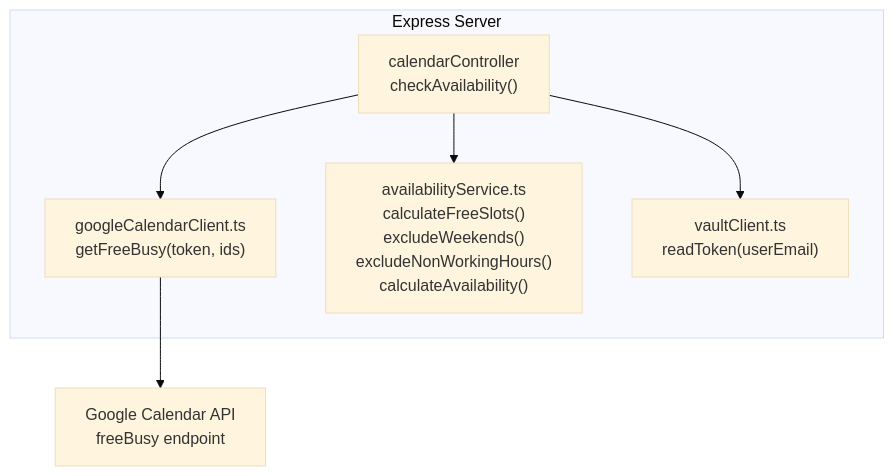
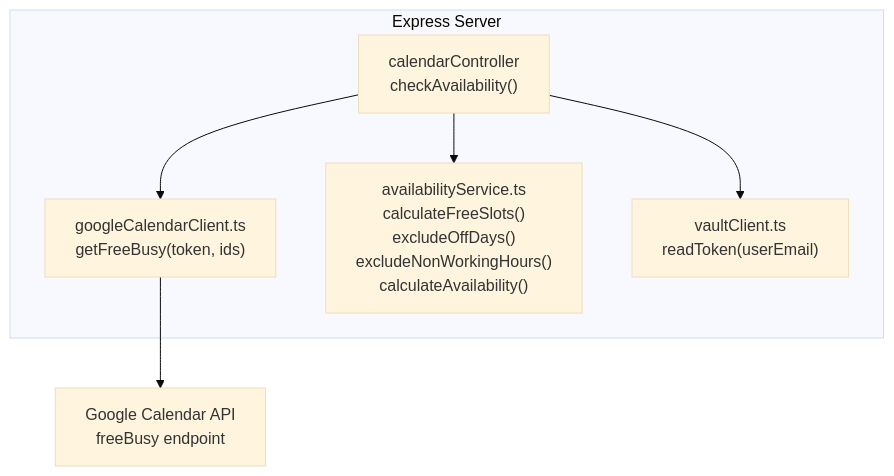
One commit to nicmart-dev/linguistnow changed the second of 2 diagrams in docs/integration-of-google-calendar-api.md. Above: the diagram before and after it, drawn with Mermaid (base theme). The commit also changed other lines of this file, not shown here.

First line of the commit message:
docs: update API documentation for availability preferences

````diff
--- a/docs/integration-of-google-calendar-api.md
+++ b/docs/integration-of-google-calendar-api.md
@@ -73,16 +74,16 @@
 ```mermaid
 flowchart TB
     subgraph Express["Express Server"]
         Controller["calendarController<br/>checkAvailability()"]
         Client["googleCalendarClient.ts<br/>getFreeBusy(token, ids)"]
-        Service["availabilityService.ts<br/>calculateFreeSlots()<br/>excludeWeekends()<br/>excludeNonWorkingHours()<br/>calculateAvailability()"]
+        Service["availabilityService.ts<br/>calculateFreeSlots()<br/>excludeOffDays()<br/>excludeNonWorkingHours()<br/>calculateAvailability()"]
         Vault["vaultClient.ts<br/>readToken(userEmail)"]
     end
 
     Google["Google Calendar API<br/>freeBusy endpoint"]
 
     Controller --> Client
     Controller --> Service
     Controller --> Vault
     Client --> Google
 ```
````
